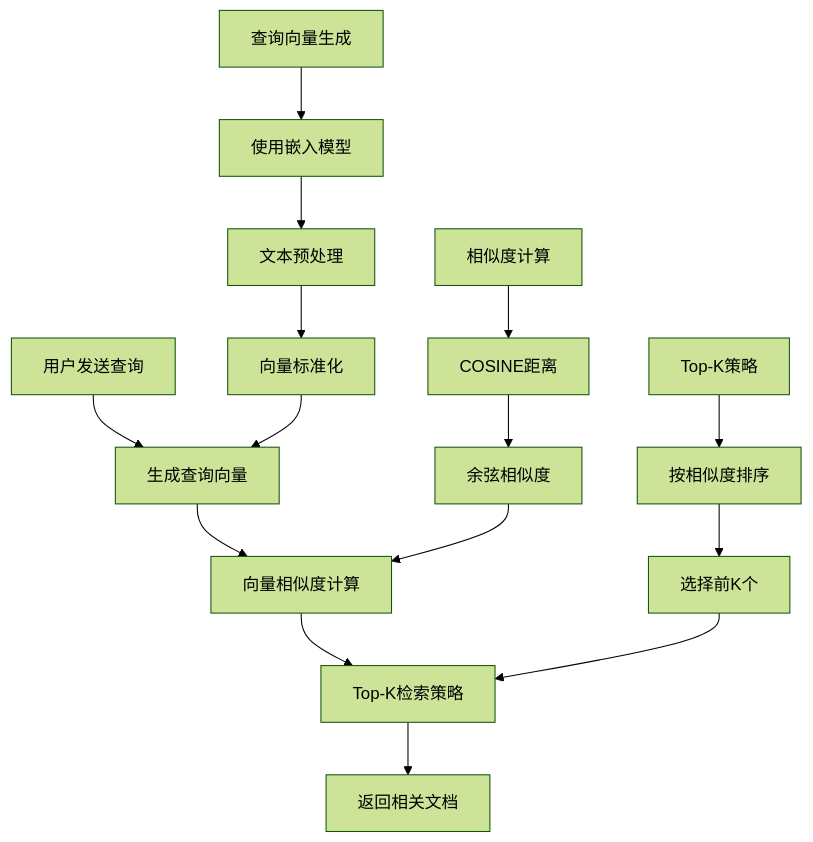
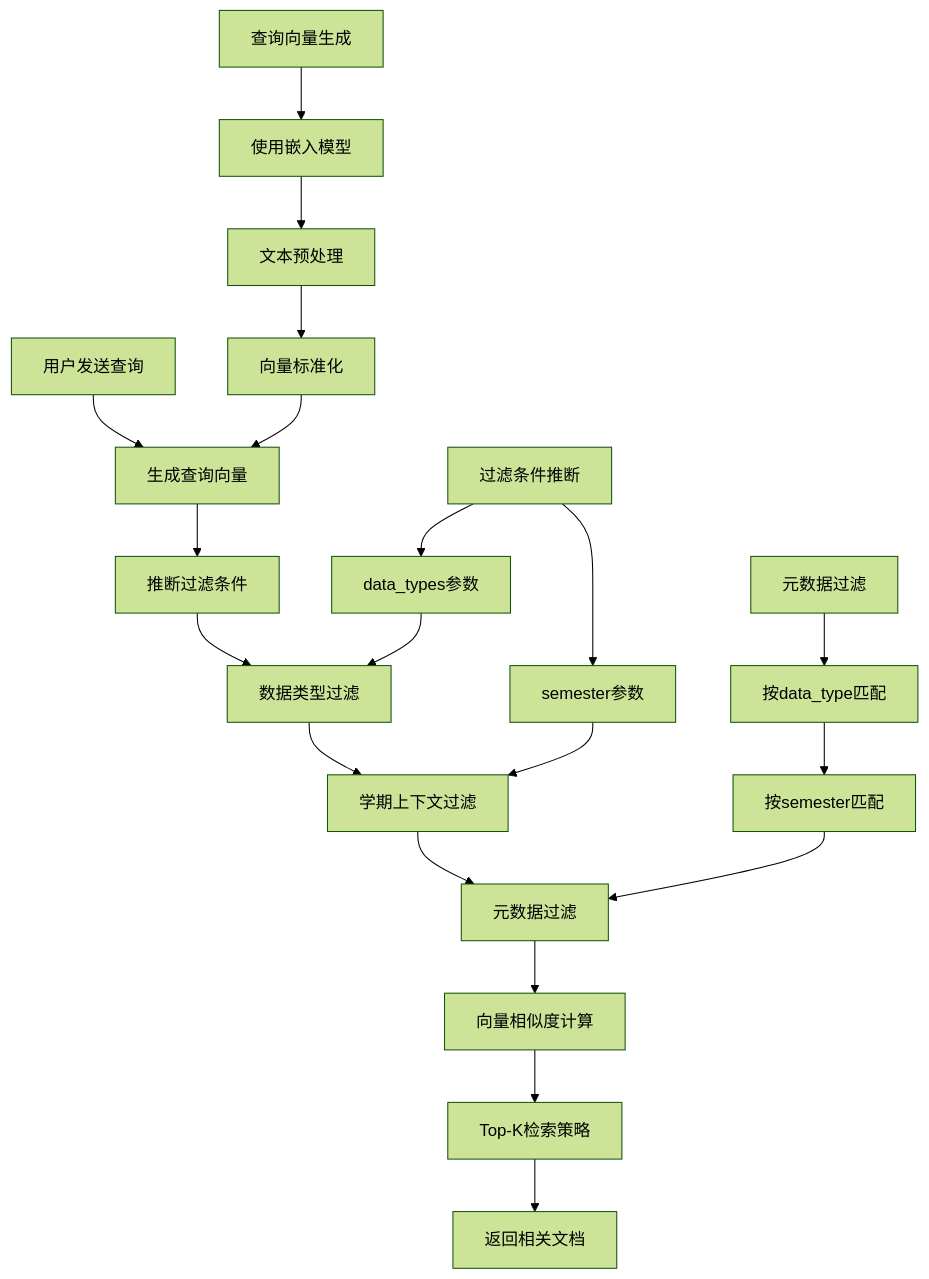
One commit to ghbbn053-ship-itsoulddog/soulddog changed the sixth of 22 diagrams in .qoder/repowiki/zh/content/AI智能问答系统/RAG架构设计.md. Above: the diagram before and after it, drawn with Mermaid (forest theme). The commit also changed other lines of this file and 119 other files, not shown here.

````diff
--- a/.qoder/repowiki/zh/content/AI智能问答系统/RAG架构设计.md
+++ b/.qoder/repowiki/zh/content/AI智能问答系统/RAG架构设计.md
@@ -259,17 +267,22 @@
 ```mermaid
 flowchart TD
 A[用户发送查询] --> B[生成查询向量]
-B --> C[向量相似度计算]
-C --> D[Top-K检索策略]
-D --> E[返回相关文档]
-F[查询向量生成] --> G[使用嵌入模型]
-G --> H[文本预处理]
-H --> I[向量标准化]
-I --> B
-J[相似度计算] --> K[COSINE距离]
-K --> L[余弦相似度]
-L --> C
-M[Top-K策略] --> N[按相似度排序]
-N --> O[选择前K个]
+B --> C[推断过滤条件]
+C --> D[数据类型过滤]
+D --> E[学期上下文过滤]
+E --> F[元数据过滤]
+F --> G[向量相似度计算]
+G --> H[Top-K检索策略]
+H --> I[返回相关文档]
+J[查询向量生成] --> K[使用嵌入模型]
+K --> L[文本预处理]
+L --> M[向量标准化]
+M --> B
+N[过滤条件推断] --> O[data_types参数]
 O --> D
+N --> P[semester参数]
+P --> E
+Q[元数据过滤] --> R[按data_type匹配]
+R --> S[按semester匹配]
+S --> F
 ```
````
